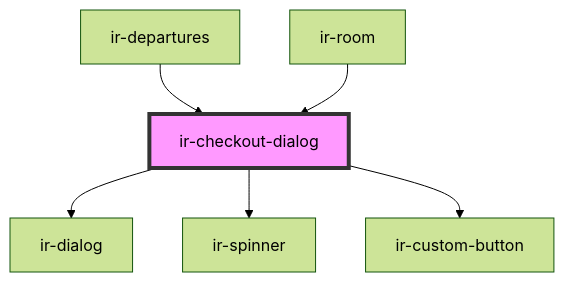
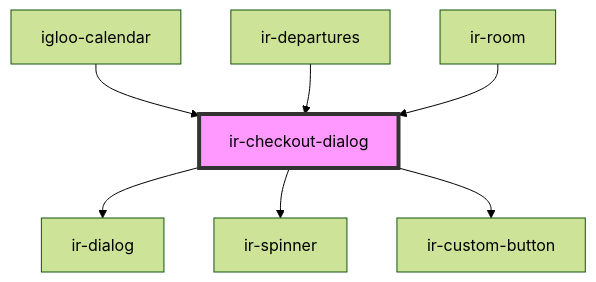
One commit to David1Chowaifaty/modified-ir-webcmp changed the diagram in src/components/ir-checkout-dialog/readme.md. Above: the diagram before and after it, drawn with Mermaid (forest theme). The commit also changed other lines of this file and 11 other files, not shown here.

First line of the commit message:
Enhance igloo-calendar functionality for check-in and sidebar interactions

````diff
--- a/src/components/ir-checkout-dialog/readme.md
+++ b/src/components/ir-checkout-dialog/readme.md
@@ -38,9 +39,10 @@
 ```mermaid
 graph TD;
   ir-checkout-dialog --> ir-dialog
   ir-checkout-dialog --> ir-spinner
   ir-checkout-dialog --> ir-custom-button
+  igloo-calendar --> ir-checkout-dialog
   ir-departures --> ir-checkout-dialog
   ir-room --> ir-checkout-dialog
   style ir-checkout-dialog fill:#f9f,stroke:#333,stroke-width:4px
 ```
````
